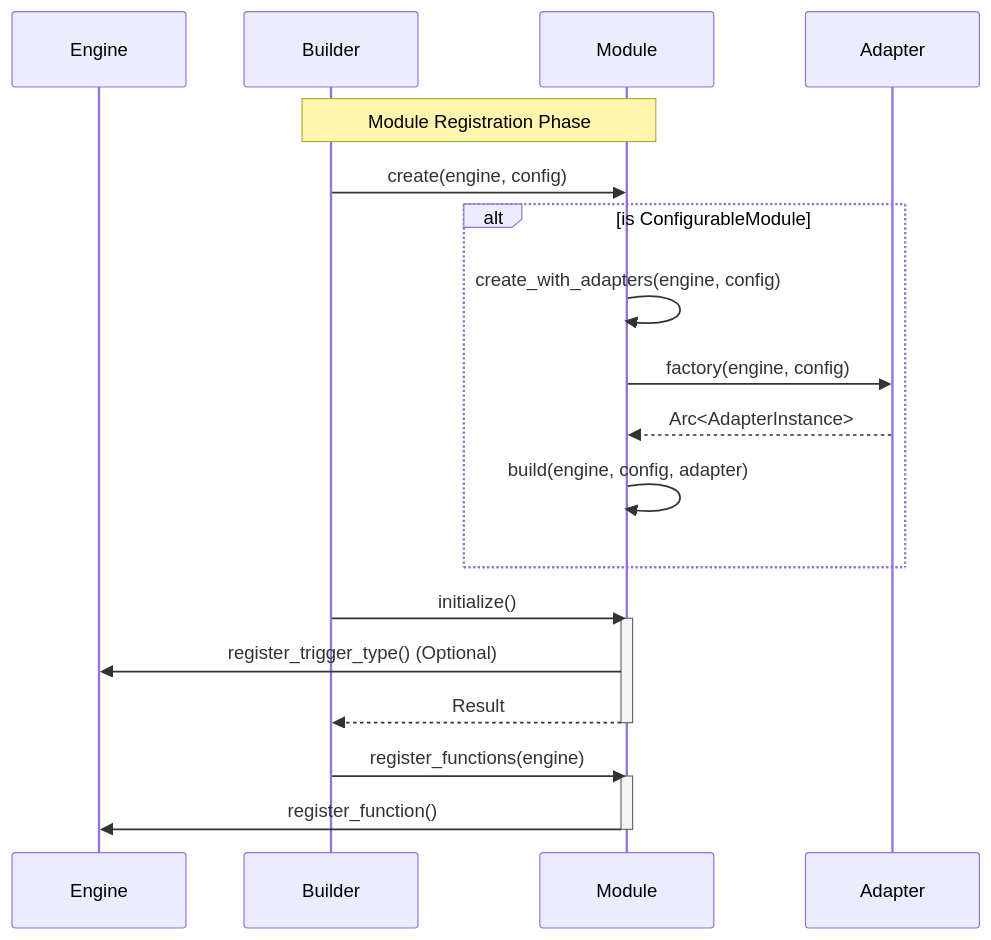
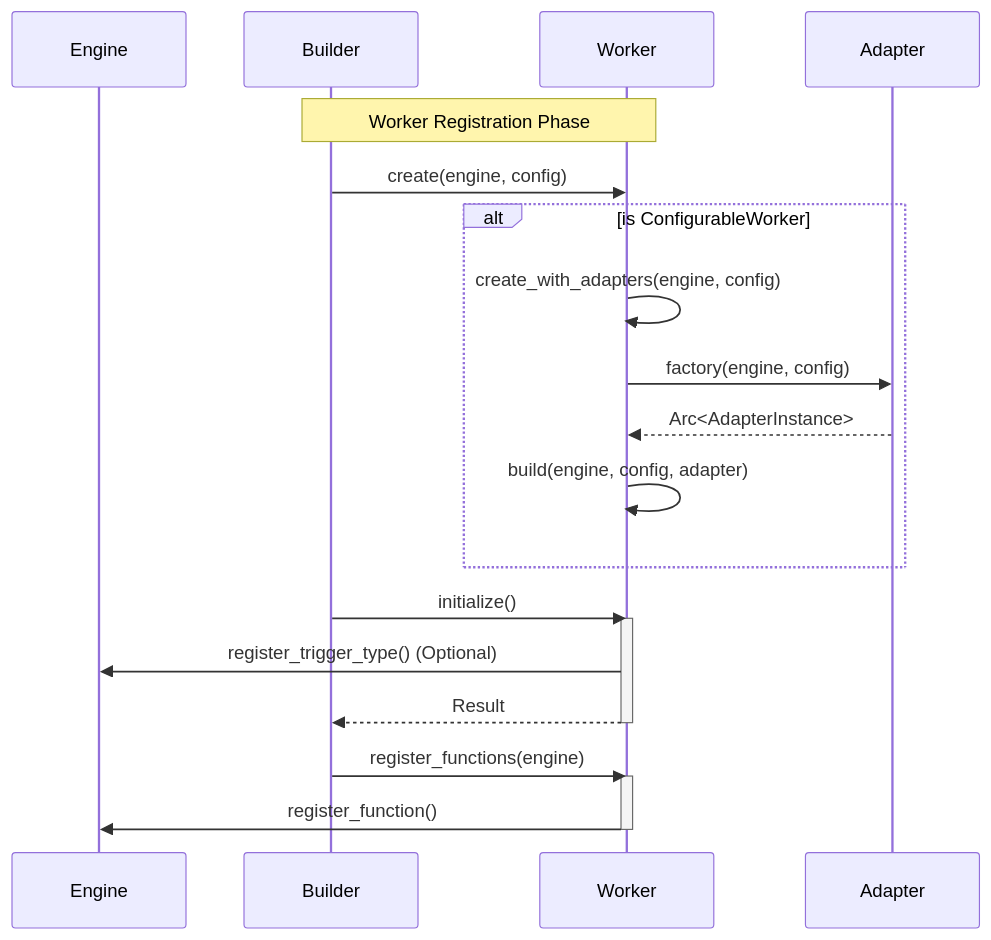
The second of 3 diagrams in docs/advanced/custom-modules.mdx (iii-hq/iii), drawn with Mermaid before and after one commit. The commit also changed other lines of this file and 254 other files, not shown here.

````diff
--- a/docs/advanced/custom-modules.mdx
+++ b/docs/advanced/custom-modules.mdx
@@ -41,28 +41,28 @@
 ```mermaid
 sequenceDiagram
     participant Engine
     participant Builder
-    participant Module
+    participant Worker
     participant Adapter
 
-    Note over Builder, Module: Module Registration Phase
-    Builder->>Module: create(engine, config)
+    Note over Builder, Worker: Worker Registration Phase
+    Builder->>Worker: create(engine, config)
 
-    alt is ConfigurableModule
-        Module->>Module: create_with_adapters(engine, config)
-        Module->>Adapter: factory(engine, config)
-        Adapter-->>Module: Arc<AdapterInstance>
-        Module->>Module: build(engine, config, adapter)
+    alt is ConfigurableWorker
+        Worker->>Worker: create_with_adapters(engine, config)
+        Worker->>Adapter: factory(engine, config)
+        Adapter-->>Worker: Arc<AdapterInstance>
+        Worker->>Worker: build(engine, config, adapter)
     end
 
-    Builder->>Module: initialize()
-    activate Module
-    Module->>Engine: register_trigger_type() (Optional)
-    Module-->>Builder: Result
-    deactivate Module
+    Builder->>Worker: initialize()
+    activate Worker
+    Worker->>Engine: register_trigger_type() (Optional)
+    Worker-->>Builder: Result
+    deactivate Worker
 
-    Builder->>Module: register_functions(engine)
-    activate Module
-    Module->>Engine: register_function()
-    deactivate Module
+    Builder->>Worker: register_functions(engine)
+    activate Worker
+    Worker->>Engine: register_function()
+    deactivate Worker
 ```
````
